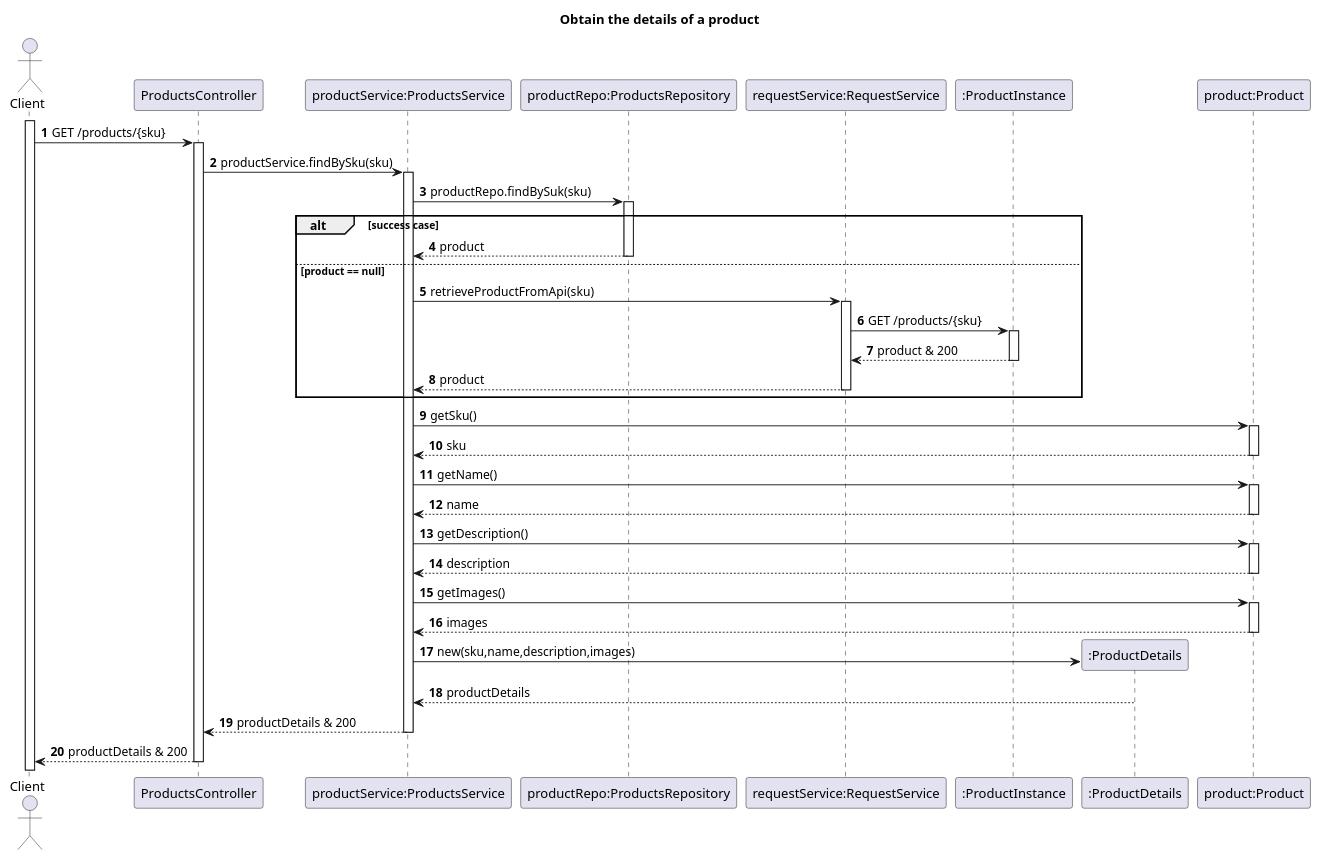
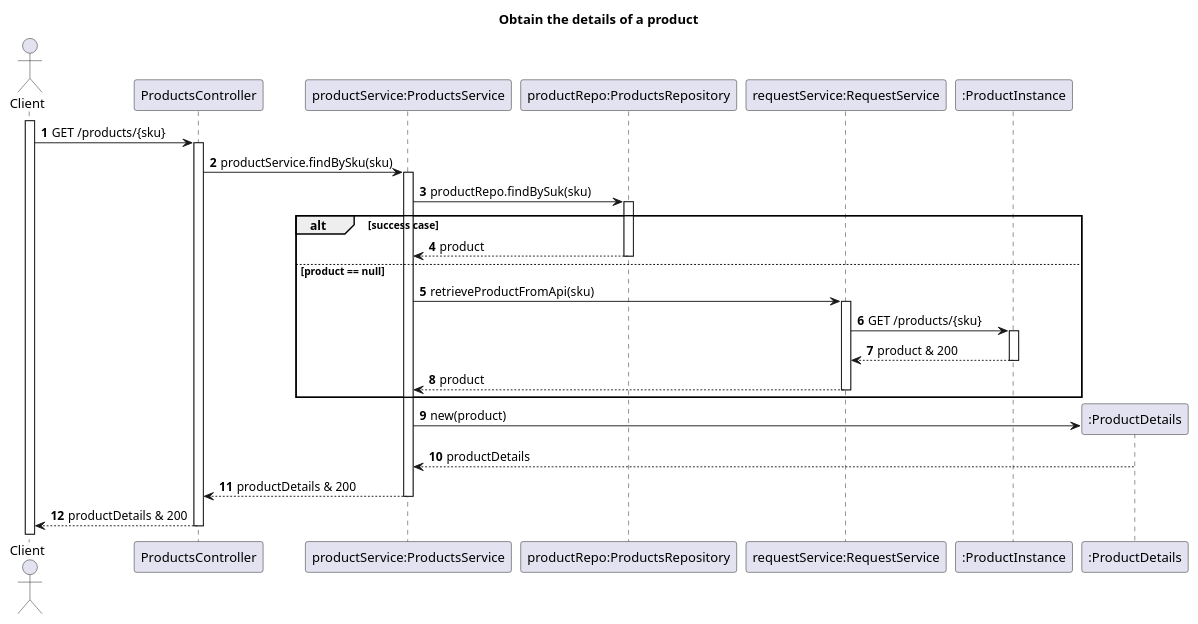
Before and after one commit to TiagoNora/SIDIS-Docs: the diagram in Docs/US02-SD.puml, drawn with PlantUML. The commit also changed 3 other files, not shown here.

```diff
--- a/Docs/US02-SD.puml
+++ b/Docs/US02-SD.puml
@@ -1,45 +1,36 @@
 @startuml
 'https://plantuml.com/sequence-diagram
 
 title Obtain the details of a product
 autoactivate on
 autonumber
 
 actor "Client" as client
 participant "ProductsController" as controller
 participant "productService:ProductsService" as service
 participant "productRepo:ProductsRepository" as repository
 participant "requestService:RequestService" as request
 participant ":ProductInstance" as instance
 participant ":ProductDetails" as details
-participant "product:Product" as product
 
 activate client
 
 client -> controller: GET /products/{sku}
 controller -> service : productService.findBySku(sku)
 service -> repository: productRepo.findBySuk(sku)
 alt success case
 repository --> service: product
 else product == null
 service -> request:retrieveProductFromApi(sku)
 request -> instance: GET /products/{sku}
 instance --> request: product & 200
 request --> service: product
 end
 
-service -> product: getSku()
-product --> service: sku
-service -> product: getName()
-product --> service: name
-service -> product: getDescription()
-product --> service: description
-service -> product: getImages()
-product --> service: images
-service -> details**: new(sku,name,description,images)
+service -> details**: new(product)
 details --> service: productDetails
 service --> controller: productDetails & 200
 controller --> client: productDetails & 200
 
 
 @enduml
```
